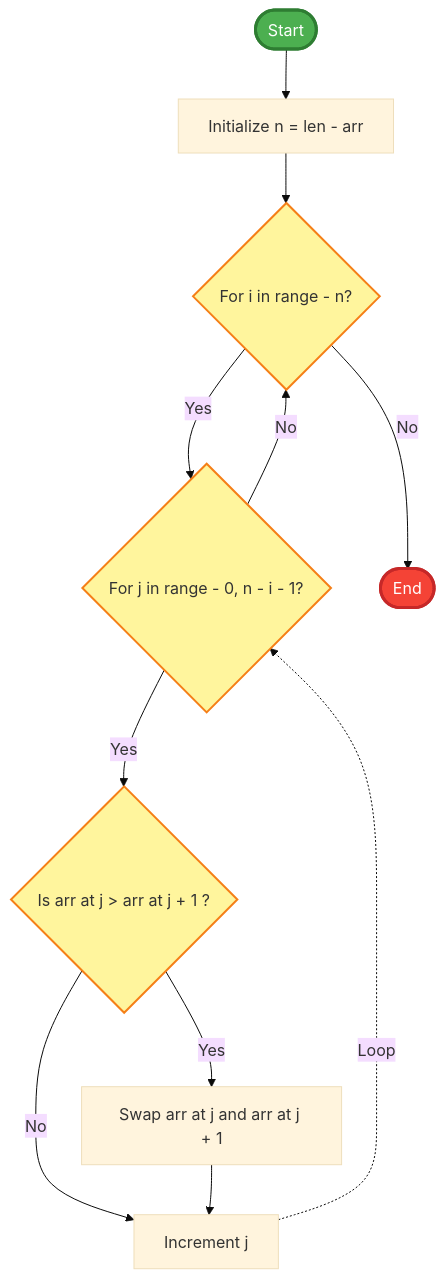
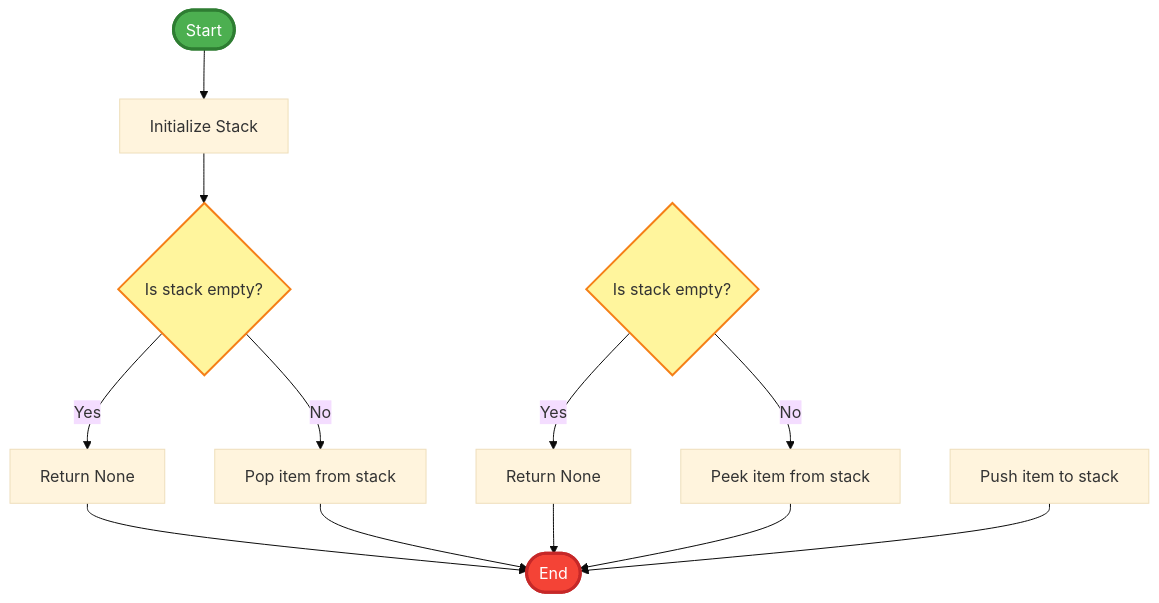
The diagram in temp/flowchart.mmd (ArunMunagala7/langgraph-code-inspector), drawn with Mermaid (base theme) before and after one commit. The commit also changed 1 other file, not shown here.

```diff
--- a/temp/flowchart.mmd
+++ b/temp/flowchart.mmd
@@ -1,28 +1,30 @@
 graph TD
     start([Start])
-    step1[Initialize n = len - arr]
-    step2{For i in range - n?}
-    step3{For j in range - 0, n - i - 1?}
-    step4{Is arr at j > arr at j + 1 ?}
-    step5[Swap arr at j and arr at j + 1]
-    step6[Increment j]
+    step1[Initialize Stack]
+    step2{Is stack empty?}
+    step3[Return None]
+    step4[Pop item from stack]
+    step5{Is stack empty?}
+    step6[Return None]
+    step7[Peek item from stack]
+    step8[Push item to stack]
     endNode([End])
 
     start --> step1
     step1 --> step2
     step2 -->|Yes| step3
-    step2 -->|No| endNode
-    step3 -->|Yes| step4
-    step3 -->|No| step2
-    step4 -->|Yes| step5
-    step4 -->|No| step6
-    step5 --> step6
-    step6 -.->|Loop| step3
+    step2 -->|No| step4
+    step3 --> endNode
+    step4 --> endNode
+    step5 -->|Yes| step6
+    step5 -->|No| step7
+    step6 --> endNode
+    step7 --> endNode
+    step8 --> endNode
 
     %% Styling
     style start fill:#4CAF50,stroke:#2E7D32,stroke-width:3px,color:#fff
     style step2 fill:#FFF59D,stroke:#F57F17,stroke-width:2px
-    style step3 fill:#FFF59D,stroke:#F57F17,stroke-width:2px
-    style step4 fill:#FFF59D,stroke:#F57F17,stroke-width:2px
+    style step5 fill:#FFF59D,stroke:#F57F17,stroke-width:2px
     style endNode fill:#F44336,stroke:#C62828,stroke-width:3px,color:#fff
     %% Arrow styling
```
